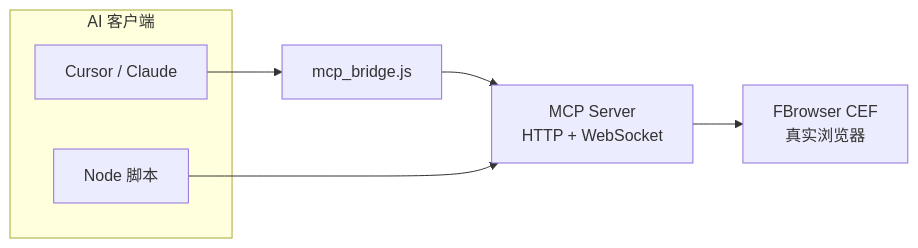
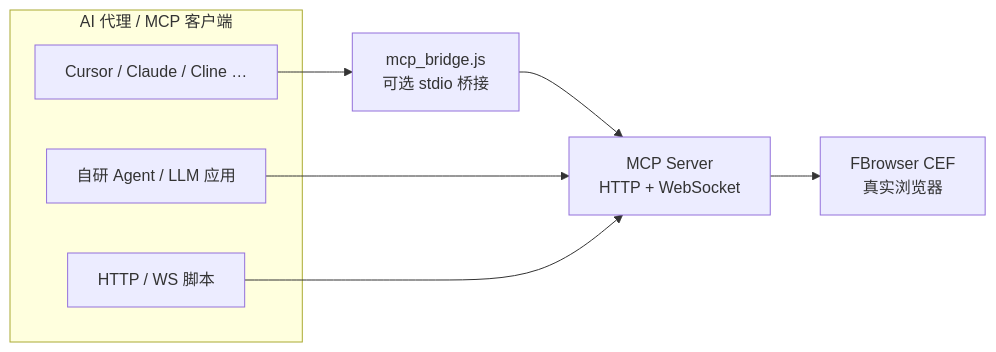
The first of 3 diagrams in README.md (AI-XiaoDao/ai-browser-mcp), drawn with Mermaid before and after one commit. The commit also changed other lines of this file and 5 other files, not shown here.

Commit message:
docs: broaden homepage for any MCP AI agent, not Cursor-only

````diff
--- a/README.md
+++ b/README.md
@@ -71,13 +79,15 @@
 ```mermaid
 flowchart LR
-  subgraph clients [AI 客户端]
-    Cursor[Cursor / Claude]
-    Script[Node 脚本]
+  subgraph clients [AI 代理 / MCP 客户端]
+    IDE[Cursor / Claude / Cline …]
+    Agent[自研 Agent / LLM 应用]
+    Script[HTTP / WS 脚本]
   end
-  Bridge[mcp_bridge.js]
+  Bridge[mcp_bridge.js\n可选 stdio 桥接]
   MCP[MCP Server\nHTTP + WebSocket]
   CEF[FBrowser CEF\n真实浏览器]
 
-  Cursor --> Bridge --> MCP --> CEF
+  IDE --> Bridge --> MCP --> CEF
+  Agent --> MCP
   Script --> MCP
 ```
````
